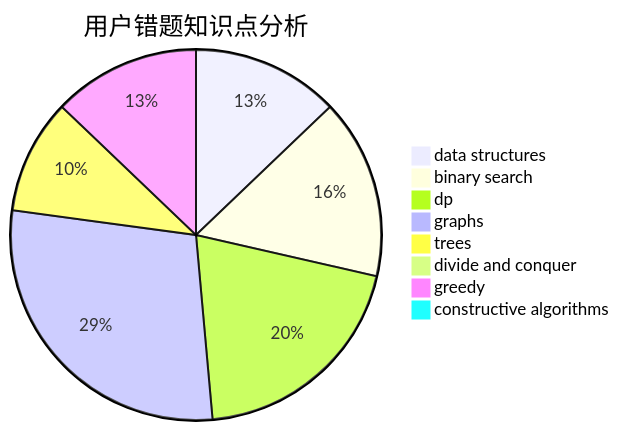
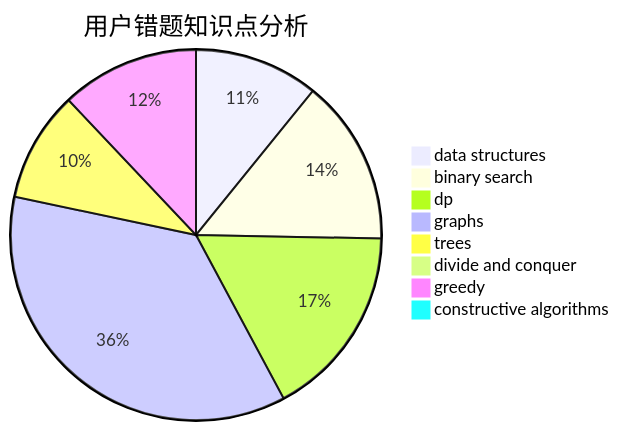
One commit to sherpahu/cfrs.github.io changed the third of 3 diagrams in docs/user/u270.md. Above: the diagram before and after it, drawn with Mermaid. The commit also changed other lines of this file and 2770 other files, not shown here.

````diff
--- a/docs/user/u270.md
+++ b/docs/user/u270.md
@@ -36,11 +36,11 @@
 ```mermaid
 pie title 用户错题知识点分析
     "data structures" :  9
-    "binary search" :  11
+    "binary search" :  12
     "dp" :  14
-    "graphs" :  20
-    "trees" :  7
+    "graphs" :  30
+    "trees" :  8
     "divide and conquer" :  0
-    "greedy" :  9
+    "greedy" :  10
     "constructive algorithms" :  0
 ```
````
